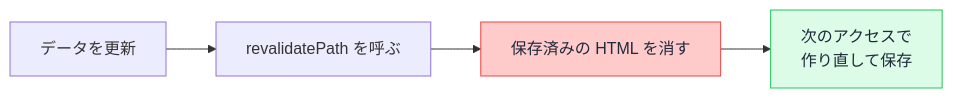
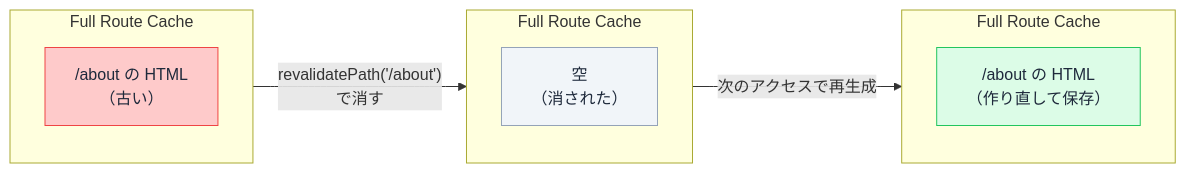
One commit to ozaki25/web-front-training-ozaki25 changed the second of 2 diagrams in docs/drafts/106/index.md. Above: the diagram before and after it, drawn with Mermaid. The commit also changed other lines of this file, not shown here.

Commit message:
106: revalidatePath の図を保存場所からの破棄・再生成が見える形に直し、revalidateTag への言及を削除（108 で扱う）

````diff
--- a/docs/drafts/106/index.md
+++ b/docs/drafts/106/index.md
@@ -99,8 +101,17 @@
 ```mermaid
 flowchart LR
-  A["データを更新"] --> B["revalidatePath を呼ぶ"]
-  B --> C["保存済みの HTML を消す"]
-  C --> D["次のアクセスで<br>作り直して保存"]
-  style C fill:#fecaca,color:#1e293b,stroke:#ef4444
-  style D fill:#dcfce7,color:#1e293b,stroke:#22c55e
+  subgraph s1["Full Route Cache"]
+    O["/about の HTML<br/>（古い）"]
+  end
+  subgraph s2["Full Route Cache"]
+    E["空<br/>（消された）"]
+  end
+  subgraph s3["Full Route Cache"]
+    N["/about の HTML<br/>（作り直して保存）"]
+  end
+  s1 -->|"revalidatePath('/about')<br/>で消す"| s2
+  s2 -->|次のアクセスで再生成| s3
+  style O fill:#fecaca,color:#1e293b,stroke:#ef4444
+  style E fill:#f1f5f9,color:#1e293b,stroke:#94a3b8
+  style N fill:#dcfce7,color:#1e293b,stroke:#22c55e
 ```
````
